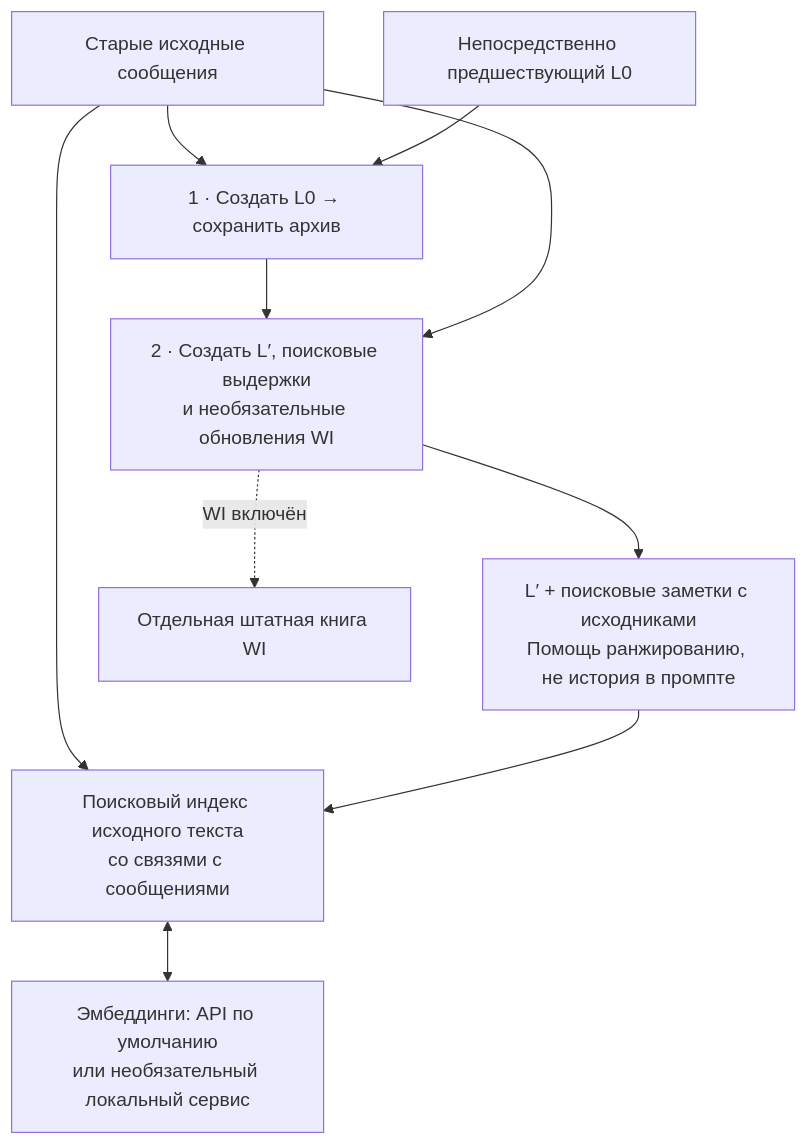
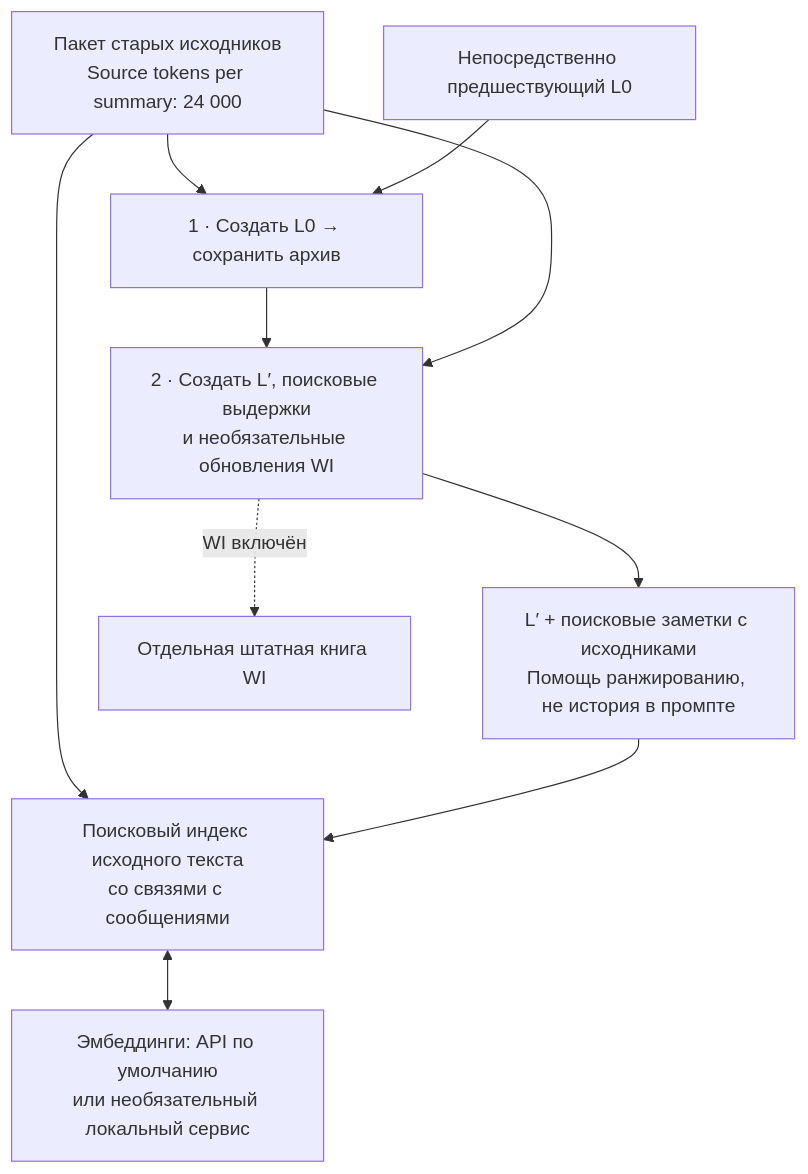
One commit to Ilya626/Extension-WorldMemory changed the first of 2 diagrams in README_RU.md. Above: the diagram before and after it, drawn with Mermaid. The commit also changed other lines of this file and 5 other files, not shown here.

````diff
--- a/README_RU.md
+++ b/README_RU.md
@@ -32,12 +57,12 @@
 ```mermaid
 flowchart TD
-    O["Старые исходные сообщения"] --> A["1 · Создать L0 → сохранить архив"]
+    O["Пакет старых исходников<br/>Source tokens per summary: 24 000"] --> A["1 · Создать L0 → сохранить архив"]
     P["Непосредственно предшествующий L0"] --> A
     A --> B["2 · Создать L′, поисковые выдержки<br/>и необязательные обновления WI"]
     O --> B
     B --> N["L′ + поисковые заметки с исходниками<br/>Помощь ранжированию, не история в промпте"]
     O --> I["Поисковый индекс исходного текста<br/>со связями с сообщениями"]
     N --> I
     B -. "WI включён" .-> W["Отдельная штатная книга WI"]
     I <--> E["Эмбеддинги: API по умолчанию<br/>или необязательный локальный сервис"]
 ```
````
